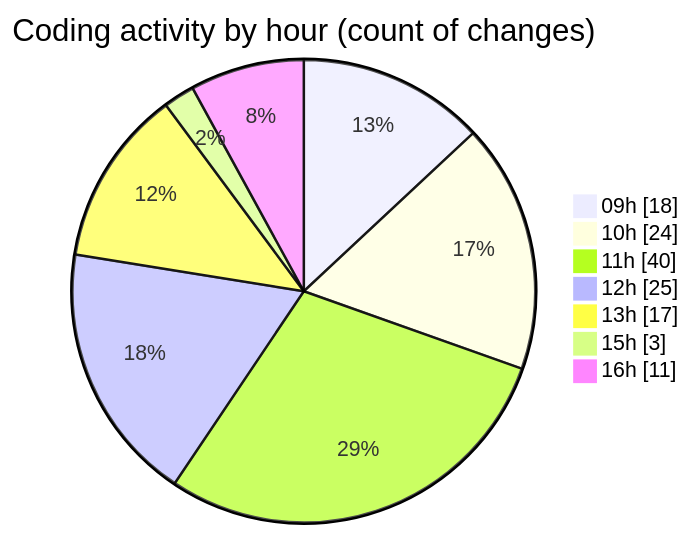
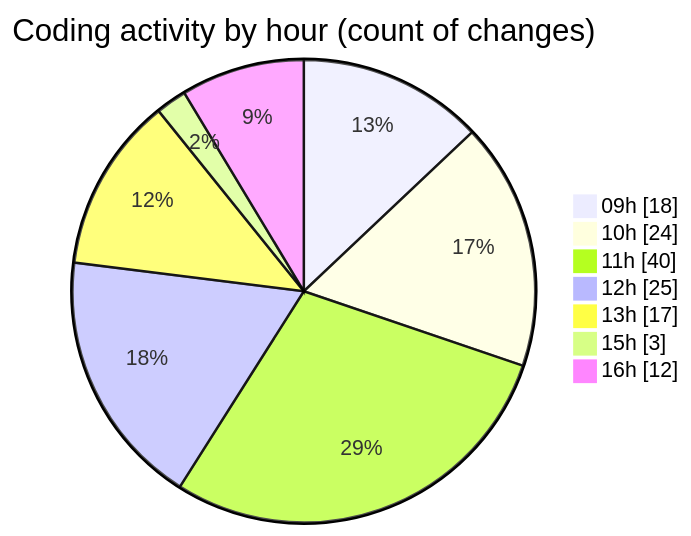
The second of 2 diagrams in 2025-09-16/cda/README.md (momahboobian/code-tracking), drawn with Mermaid before and after one commit. The commit also changed other lines of this file and 1 other file, not shown here.

````diff
--- a/2025-09-16/cda/README.md
+++ b/2025-09-16/cda/README.md
@@ -42,11 +43,11 @@
 ```mermaid
 pie showData
 title Coding activity by hour (count of changes)
 "09h" : 18
 "10h" : 24
 "11h" : 40
 "12h" : 25
 "13h" : 17
 "15h" : 3
-"16h" : 11
+"16h" : 12
 ```
````
